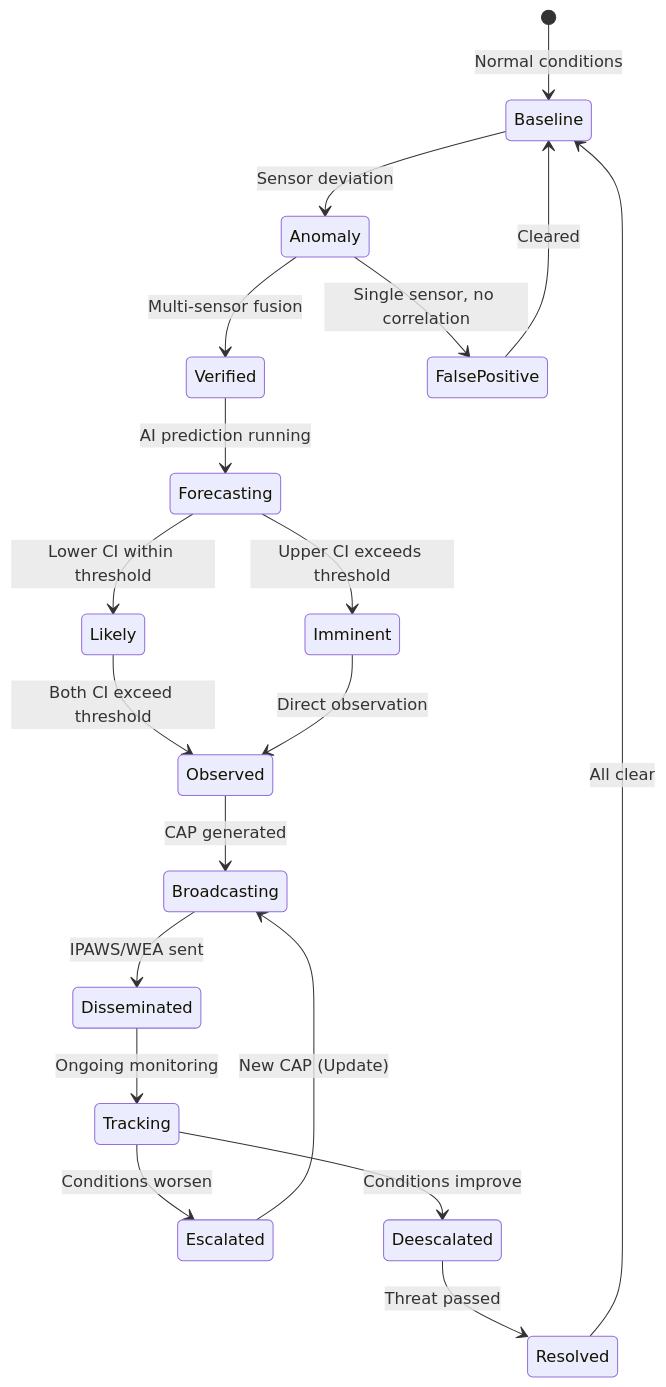
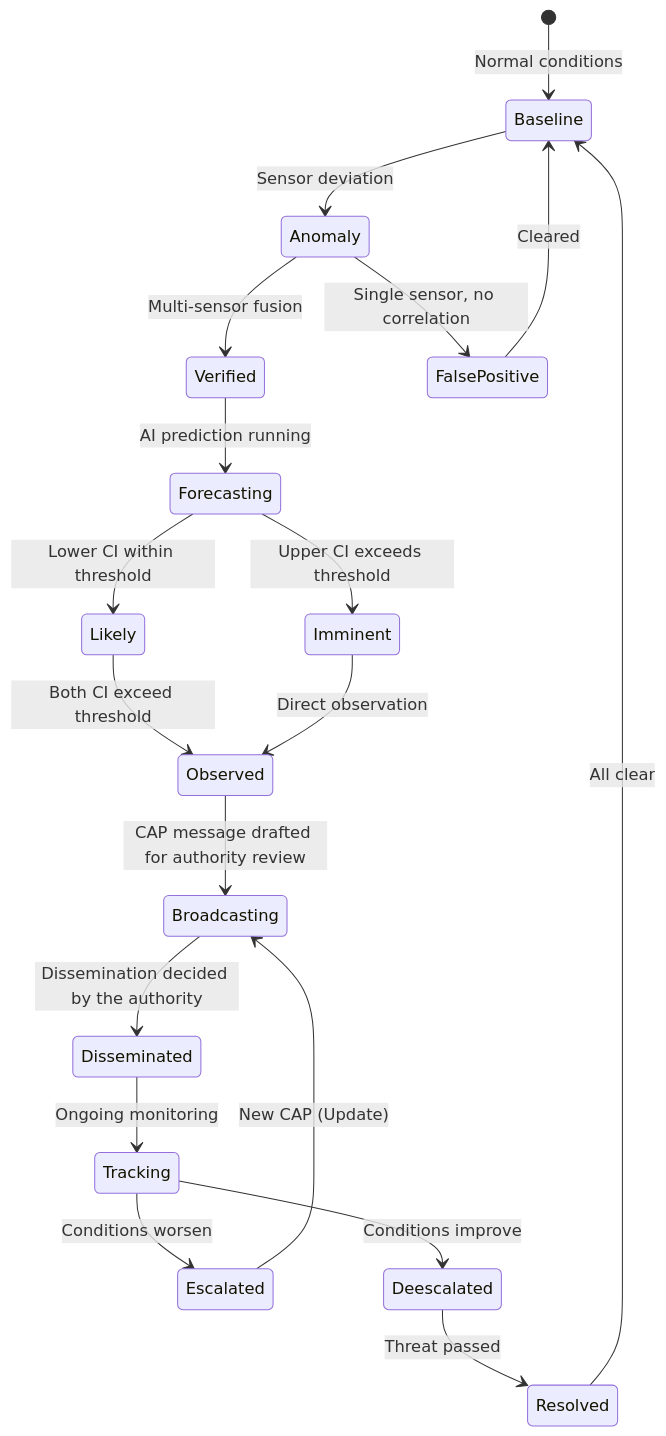
One commit to andreibesleaga/mobile-mesh-ews changed the fifth of 14 diagrams in ARCHITECTURE/UserFlows.md. Above: the diagram before and after it, drawn with Mermaid. The commit also changed 24 other files, not shown here.

````diff
--- a/ARCHITECTURE/UserFlows.md
+++ b/ARCHITECTURE/UserFlows.md
@@ -145,32 +145,32 @@
 ```mermaid
 stateDiagram-v2
     [*] --> Baseline : Normal conditions
 
     Baseline --> Anomaly : Sensor deviation
     
     Anomaly --> Verified : Multi-sensor fusion
     Anomaly --> FalsePositive : Single sensor, no correlation
 
     FalsePositive --> Baseline : Cleared
 
     Verified --> Forecasting : AI prediction running
     
     Forecasting --> Likely : Lower CI within threshold
     Forecasting --> Imminent : Upper CI exceeds threshold
 
     Likely --> Observed : Both CI exceed threshold
     Imminent --> Observed : Direct observation
 
-    Observed --> Broadcasting : CAP generated
+    Observed --> Broadcasting : CAP message drafted for authority review
     
-    Broadcasting --> Disseminated : IPAWS/WEA sent
+    Broadcasting --> Disseminated : Dissemination decided by the authority
     Disseminated --> Tracking : Ongoing monitoring
 
     Tracking --> Escalated : Conditions worsen
     Tracking --> Deescalated : Conditions improve
 
     Escalated --> Broadcasting : New CAP (Update)
     Deescalated --> Resolved : Threat passed
 
     Resolved --> Baseline : All clear
 ```
````
